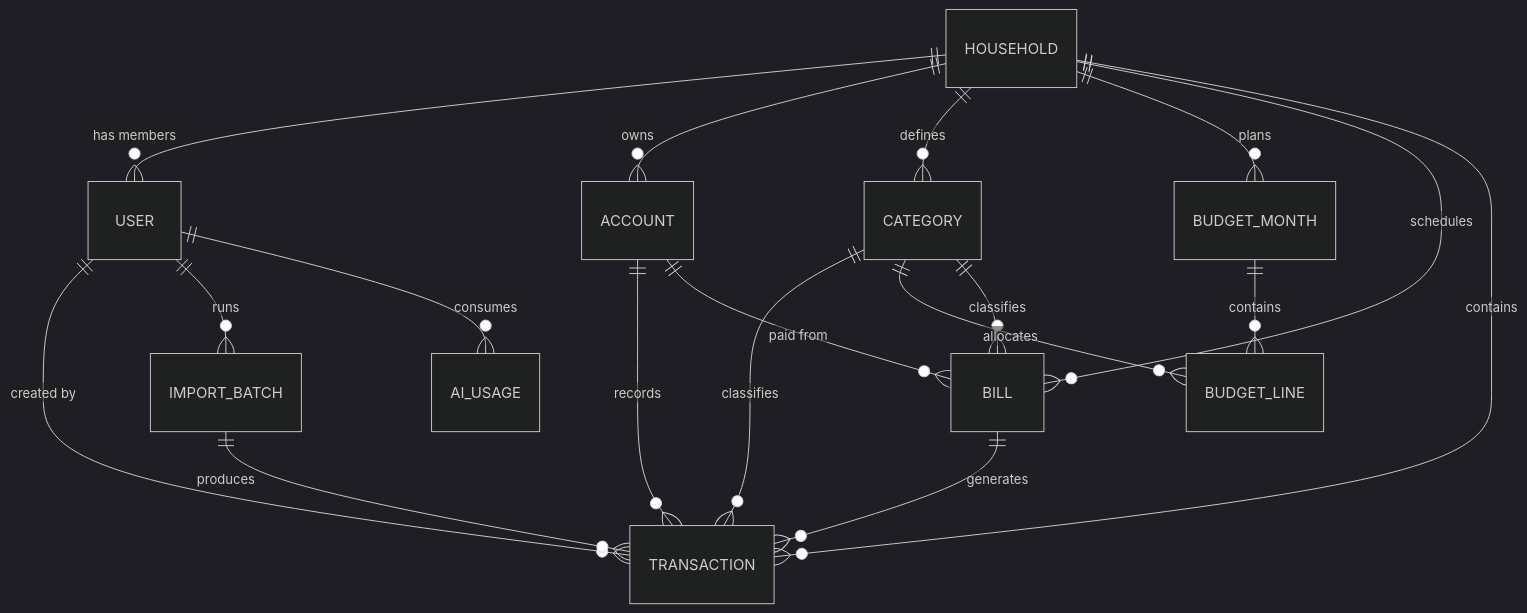
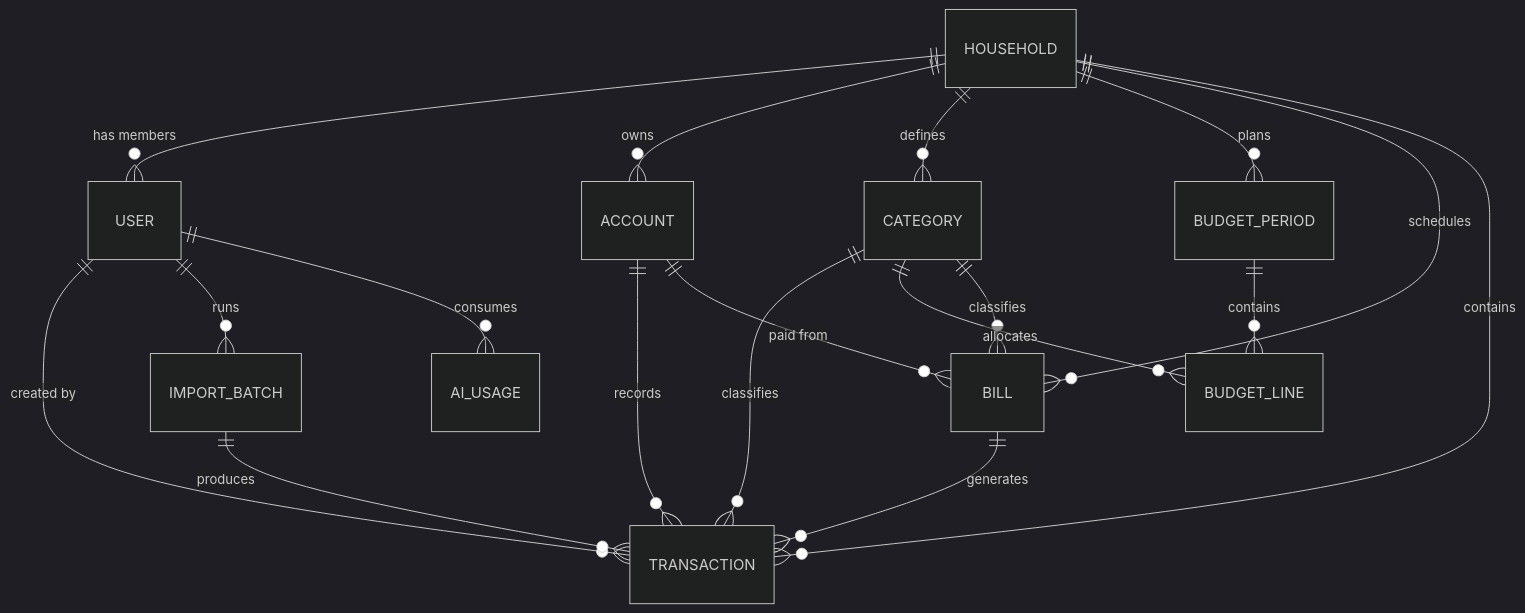
The second of 4 diagrams in docs/03-architecture.md (AnthonyMara97/life-organiser), drawn with Mermaid (dark theme) before and after one commit. The commit also changed other lines of this file and 2 other files, not shown here.

````diff
--- a/docs/03-architecture.md
+++ b/docs/03-architecture.md
@@ -60,20 +60,20 @@
 ```mermaid
 erDiagram
   HOUSEHOLD ||--o{ USER : "has members"
   HOUSEHOLD ||--o{ ACCOUNT : owns
   HOUSEHOLD ||--o{ CATEGORY : defines
-  HOUSEHOLD ||--o{ BUDGET_MONTH : plans
+  HOUSEHOLD ||--o{ BUDGET_PERIOD : plans
   HOUSEHOLD ||--o{ BILL : schedules
   HOUSEHOLD ||--o{ TRANSACTION : contains
   ACCOUNT ||--o{ TRANSACTION : records
   CATEGORY ||--o{ TRANSACTION : classifies
-  BUDGET_MONTH ||--o{ BUDGET_LINE : contains
+  BUDGET_PERIOD ||--o{ BUDGET_LINE : contains
   CATEGORY ||--o{ BUDGET_LINE : allocates
   CATEGORY ||--o{ BILL : classifies
   ACCOUNT ||--o{ BILL : "paid from"
   BILL ||--o{ TRANSACTION : generates
   USER ||--o{ TRANSACTION : "created by"
   USER ||--o{ IMPORT_BATCH : runs
   IMPORT_BATCH ||--o{ TRANSACTION : produces
   USER ||--o{ AI_USAGE : consumes
 ```
````
